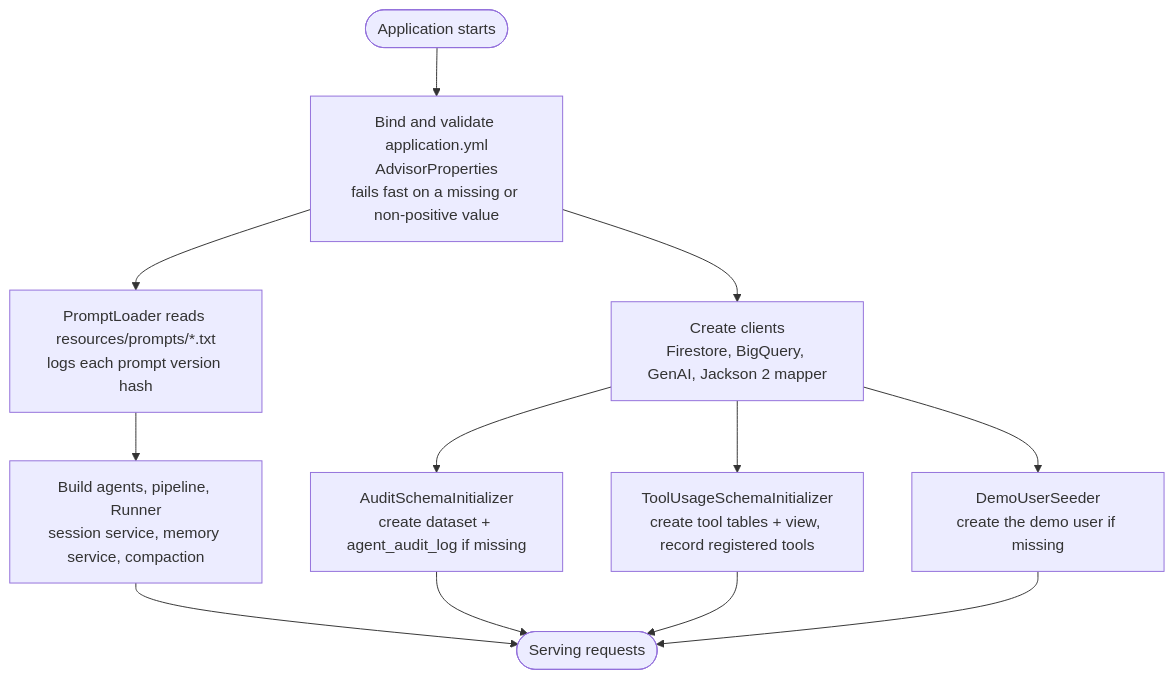
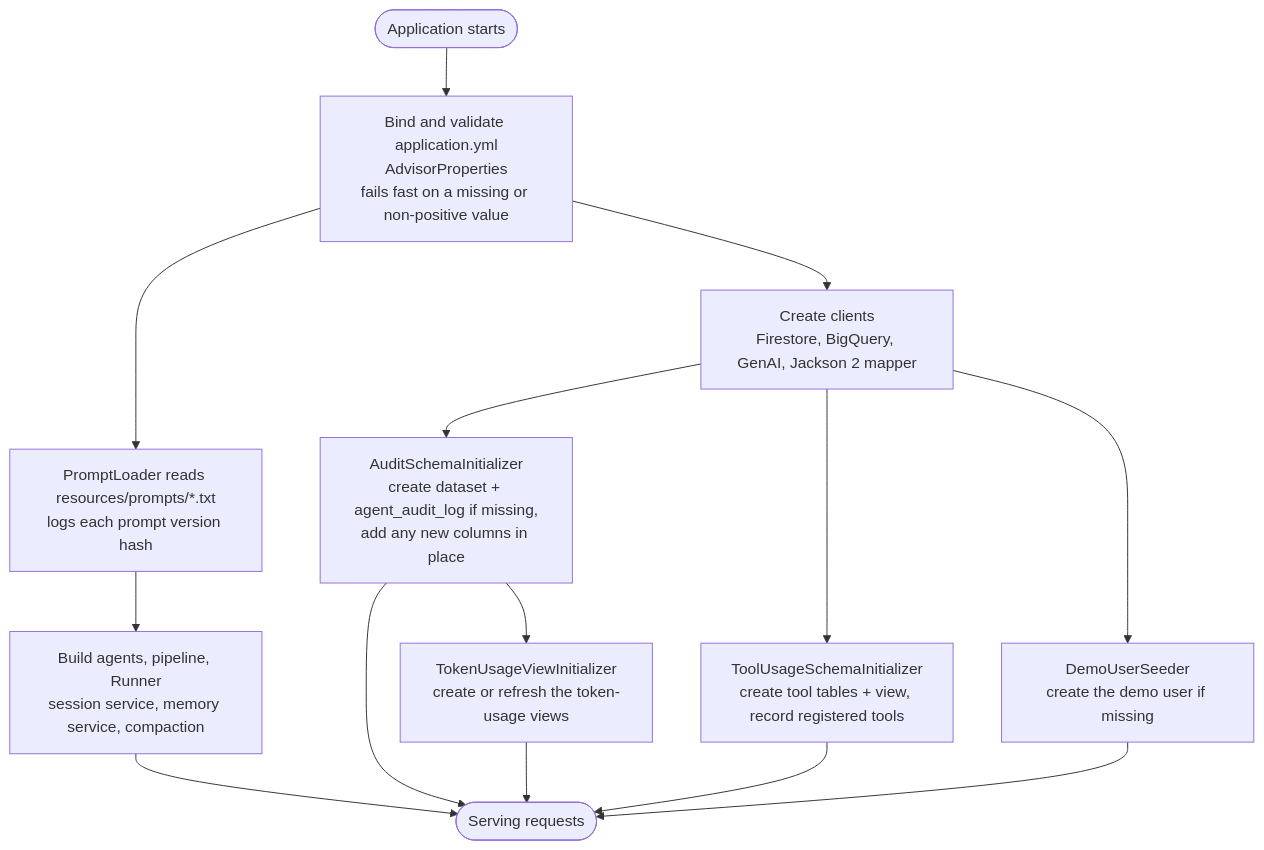
Diagram 12 of 13 in Routing.md (Akash-repo/wealth-advisor), drawn with Mermaid before and after one commit. The commit also changed other lines of this file and 10 other files, not shown here.

````diff
--- a/Routing.md
+++ b/Routing.md
@@ -540,14 +540,16 @@
 ```mermaid
 flowchart TD
     S(["Application starts"]) --> P["Bind and validate application.yml<br/>AdvisorProperties<br/>fails fast on a missing or non-positive value"]
     P --> PL["PromptLoader reads resources/prompts/*.txt<br/>logs each prompt version hash"]
     P --> CL["Create clients<br/>Firestore, BigQuery, GenAI, Jackson 2 mapper"]
-    CL --> BQ1["AuditSchemaInitializer<br/>create dataset + agent_audit_log if missing"]
+    CL --> BQ1["AuditSchemaInitializer<br/>create dataset + agent_audit_log if missing,<br/>add any new columns in place"]
+    BQ1 --> BQ3["TokenUsageViewInitializer<br/>create or refresh the token-usage views"]
     CL --> BQ2["ToolUsageSchemaInitializer<br/>create tool tables + view, record registered tools"]
     CL --> DU["DemoUserSeeder<br/>create the demo user if missing"]
     PL --> AG["Build agents, pipeline, Runner<br/>session service, memory service, compaction"]
     AG --> UP(["Serving requests"])
     BQ1 --> UP
+    BQ3 --> UP
     BQ2 --> UP
     DU --> UP
 ```
````
